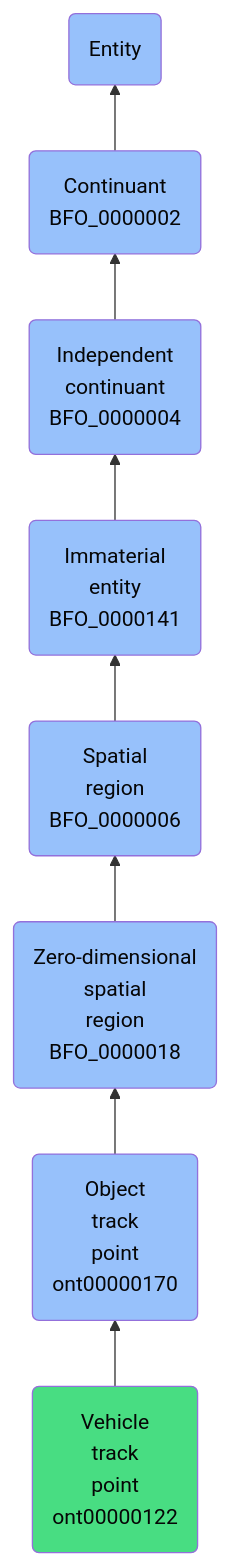
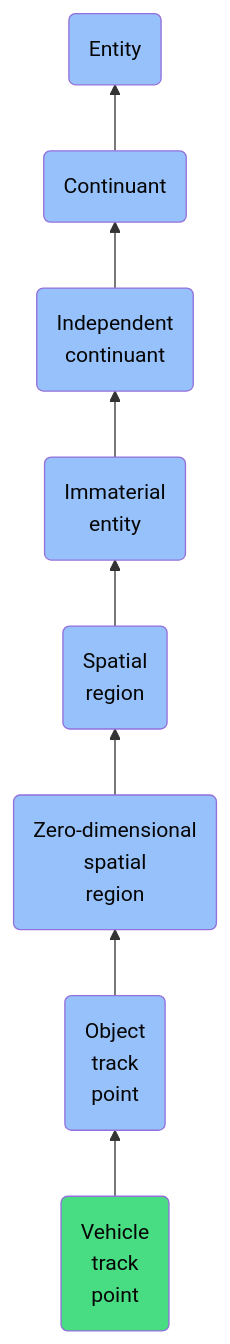
The diagram in docs/ontology/reference/model/Entity/Continuant/Independent continuant/Immaterial entity/Spatial region/Zero-dimensional spatial region/Object track point/Vehicle track point/Vehicle track point.md (jupyter-naas/abi), drawn with Mermaid before and after one commit. The commit also changed other lines of this file and 1430 other files, not shown here.

````diff
--- a/docs/ontology/reference/model/Entity/Continuant/Independent continuant/Immaterial entity/Spatial region/Zero-dimensional spatial region/Object track point/Vehicle track point/Vehicle track point.md
+++ b/docs/ontology/reference/model/Entity/Continuant/Independent continuant/Immaterial entity/Spatial region/Zero-dimensional spatial region/Object track point/Vehicle track point/Vehicle track point.md
@@ -24,15 +24,15 @@
 ```mermaid
 graph BT
-    ont00000122(Vehicle<br>track<br>point<br>ont00000122):::ABI-->ont00000170
-    ont00000170(Object<br>track<br>point<br>ont00000170):::BFO-->BFO_0000018
-    BFO_0000018(Zero-dimensional<br>spatial<br>region<br>BFO_0000018):::BFO-->BFO_0000006
-    BFO_0000006(Spatial<br>region<br>BFO_0000006):::BFO-->BFO_0000141
-    BFO_0000141(Immaterial<br>entity<br>BFO_0000141):::BFO-->BFO_0000004
-    BFO_0000004(Independent<br>continuant<br>BFO_0000004):::BFO-->BFO_0000002
-    BFO_0000002(Continuant<br>BFO_0000002):::BFO-->BFO_0000001
+    ont00000122(Vehicle<br>track<br>point):::ABI-->ont00000170
+    ont00000170(Object<br>track<br>point):::BFO-->BFO_0000018
+    BFO_0000018(Zero-dimensional<br>spatial<br>region):::BFO-->BFO_0000006
+    BFO_0000006(Spatial<br>region):::BFO-->BFO_0000141
+    BFO_0000141(Immaterial<br>entity):::BFO-->BFO_0000004
+    BFO_0000004(Independent<br>continuant):::BFO-->BFO_0000002
+    BFO_0000002(Continuant):::BFO-->BFO_0000001
     BFO_0000001(Entity):::BFO
     
     classDef BFO fill:#97c1fb,color:#060606
     classDef CCO fill:#e4c51e,color:#060606
     classDef ABI fill:#48DD82,color:#060606
 ```
````
